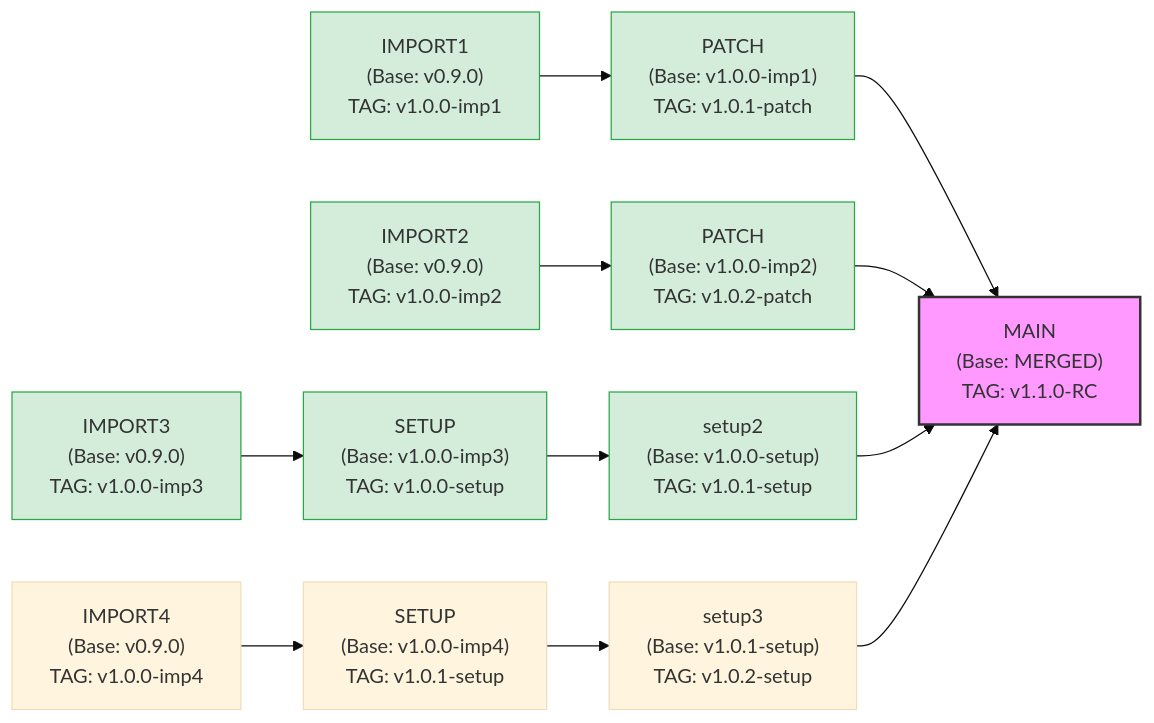
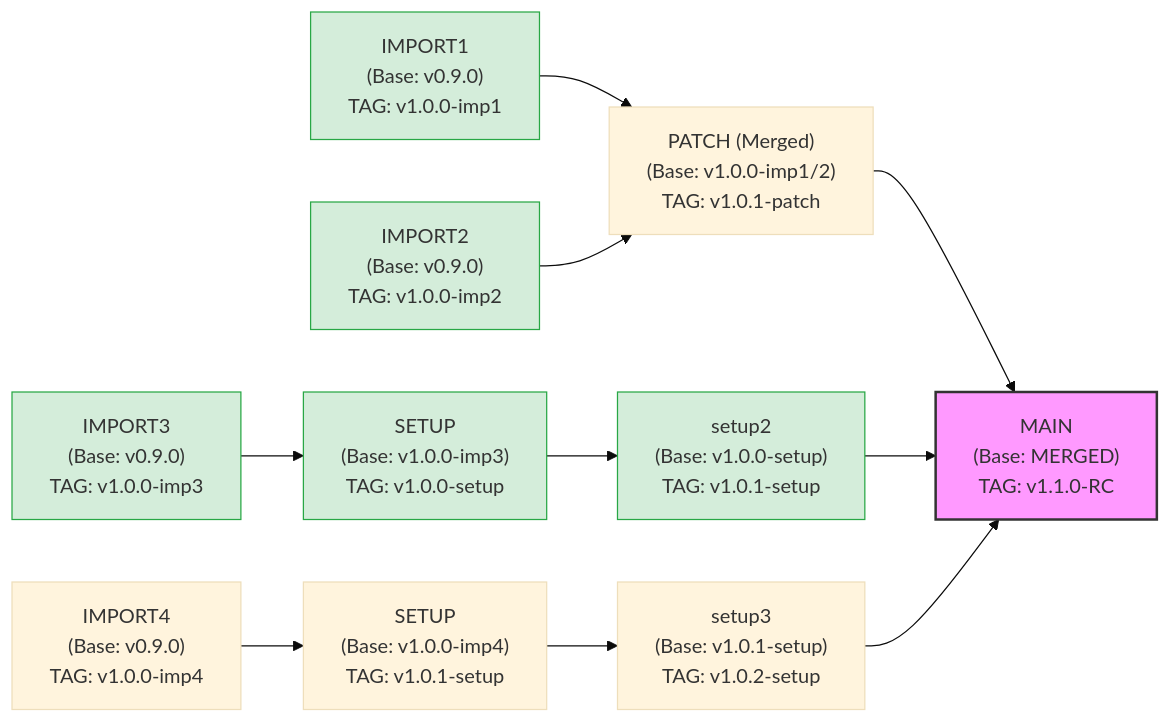
Before and after one commit to ysh1380/Releases-Board: the diagram in WIKI.md, drawn with Mermaid (base theme). The commit also changed other lines of this file, not shown here.

Commit message:
docs: merge PATCH branches from IMPORT1 and IMPORT2 in workflow diagram

````diff
--- a/WIKI.md
+++ b/WIKI.md
@@ -38,41 +38,38 @@
 ```mermaid
 graph LR
     %% Branch/Node Definition
     I1["IMPORT1<br/>(Base: v0.9.0)<br/>TAG: v1.0.0-imp1"]
     I2["IMPORT2<br/>(Base: v0.9.0)<br/>TAG: v1.0.0-imp2"]
     I3["IMPORT3<br/>(Base: v0.9.0)<br/>TAG: v1.0.0-imp3"]
     I4["IMPORT4<br/>(Base: v0.9.0)<br/>TAG: v1.0.0-imp4"]
     
-    P1["PATCH<br/>(Base: v1.0.0-imp1)<br/>TAG: v1.0.1-patch"]
-    P2["PATCH<br/>(Base: v1.0.0-imp2)<br/>TAG: v1.0.2-patch"]
+    P["PATCH (Merged)<br/>(Base: v1.0.0-imp1/2)<br/>TAG: v1.0.1-patch"]
     
     S1["SETUP<br/>(Base: v1.0.0-imp3)<br/>TAG: v1.0.0-setup"]
     S2["setup2<br/>(Base: v1.0.0-setup)<br/>TAG: v1.0.1-setup"]
     
     S3["SETUP<br/>(Base: v1.0.0-imp4)<br/>TAG: v1.0.1-setup"]
     S4["setup3<br/>(Base: v1.0.1-setup)<br/>TAG: v1.0.2-setup"]
     
     M["MAIN<br/>(Base: MERGED)<br/>TAG: v1.1.0-RC"]
 
     %% Flow Definitions
-    I1 --> P1
-    P1 --> M
-    
-    I2 --> P2
-    P2 --> M
+    I1 --> P
+    I2 --> P
+    P --> M
     
     I3 --> S1
     S1 --> S2
     S2 --> M
     
     I4 --> S3
     S3 --> S4
     S4 --> M
     
     %% Styling
     classDef main fill:#f9f,stroke:#333,stroke-width:2px;
     classDef tag fill:#d4edda,stroke:#28a745,stroke-width:1px;
     
     class M main;
     class I1,I2,I3,P1,P2,S1,S2 tag;
 ```
````
